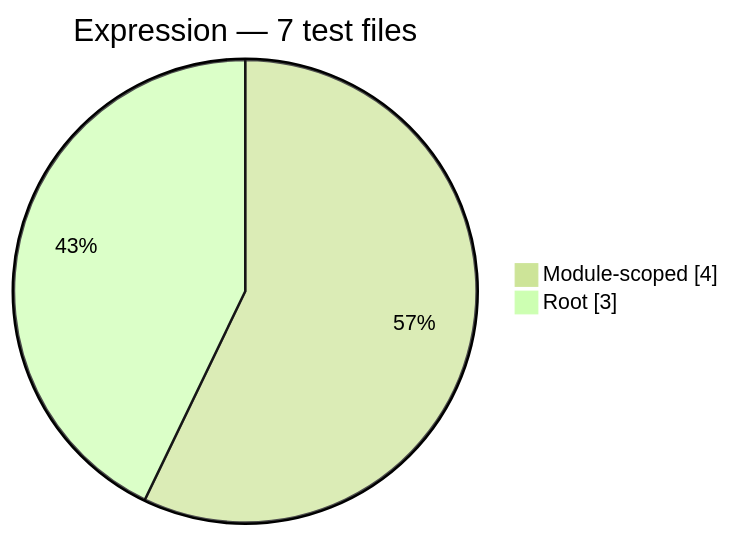
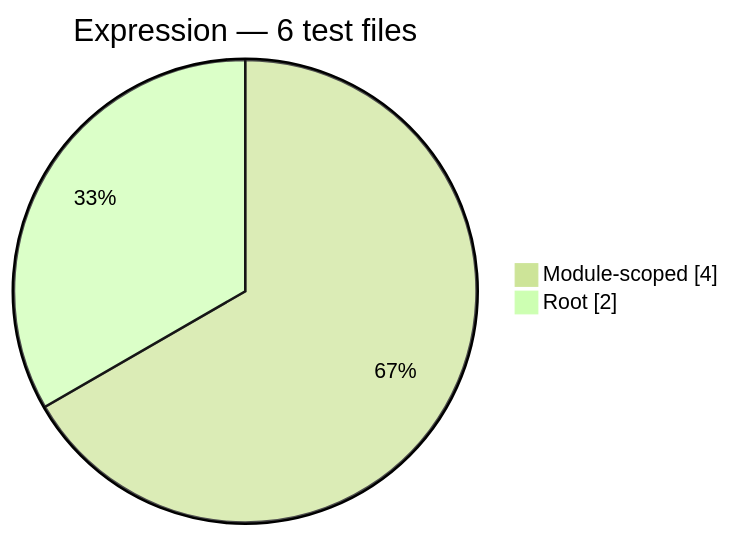
One commit to Mohammed-Alama/php-arazzo changed the second of 8 diagrams in docs/generated/test-composition.md. Above: the diagram before and after it, drawn with Mermaid (forest theme). The commit also changed other lines of this file and 43 other files, not shown here.

````diff
--- a/docs/generated/test-composition.md
+++ b/docs/generated/test-composition.md
@@ -28,6 +28,6 @@
 ```mermaid
 pie showData
-    title Expression — 7 test files
+    title Expression — 6 test files
     "Module-scoped": 4
-    "Root": 3
+    "Root": 2
 ```
````
